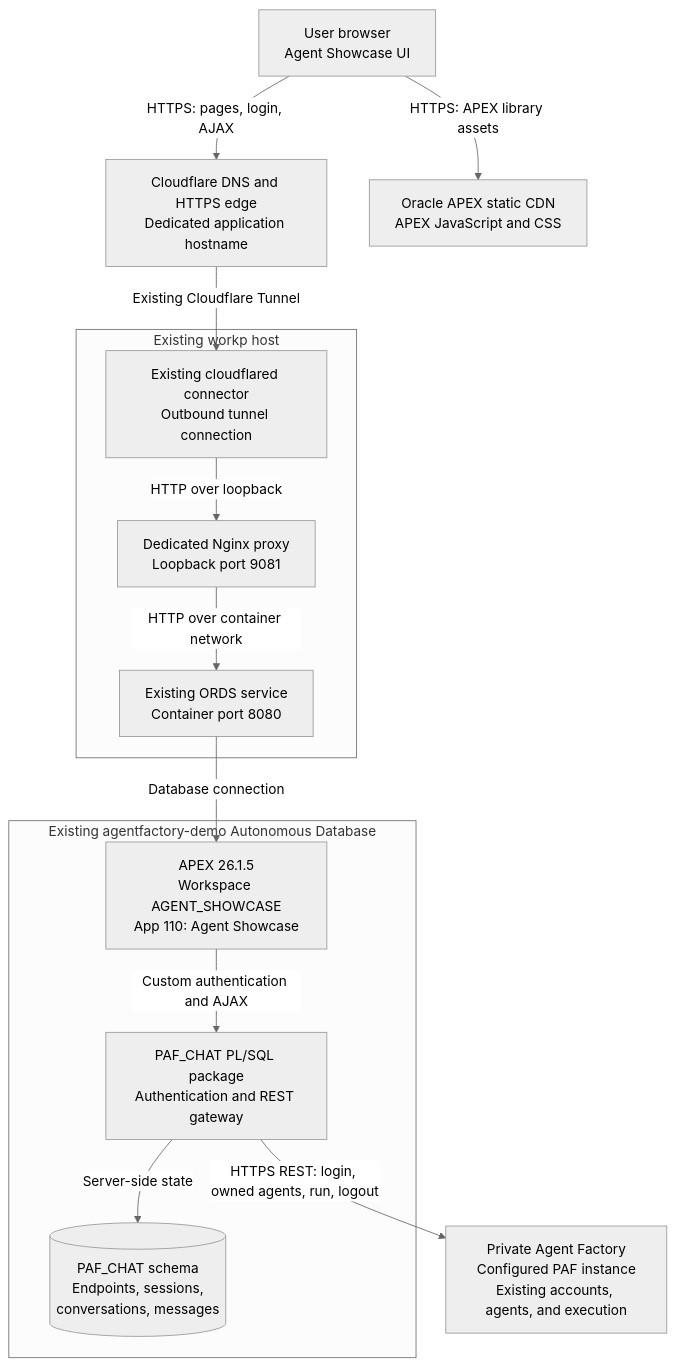
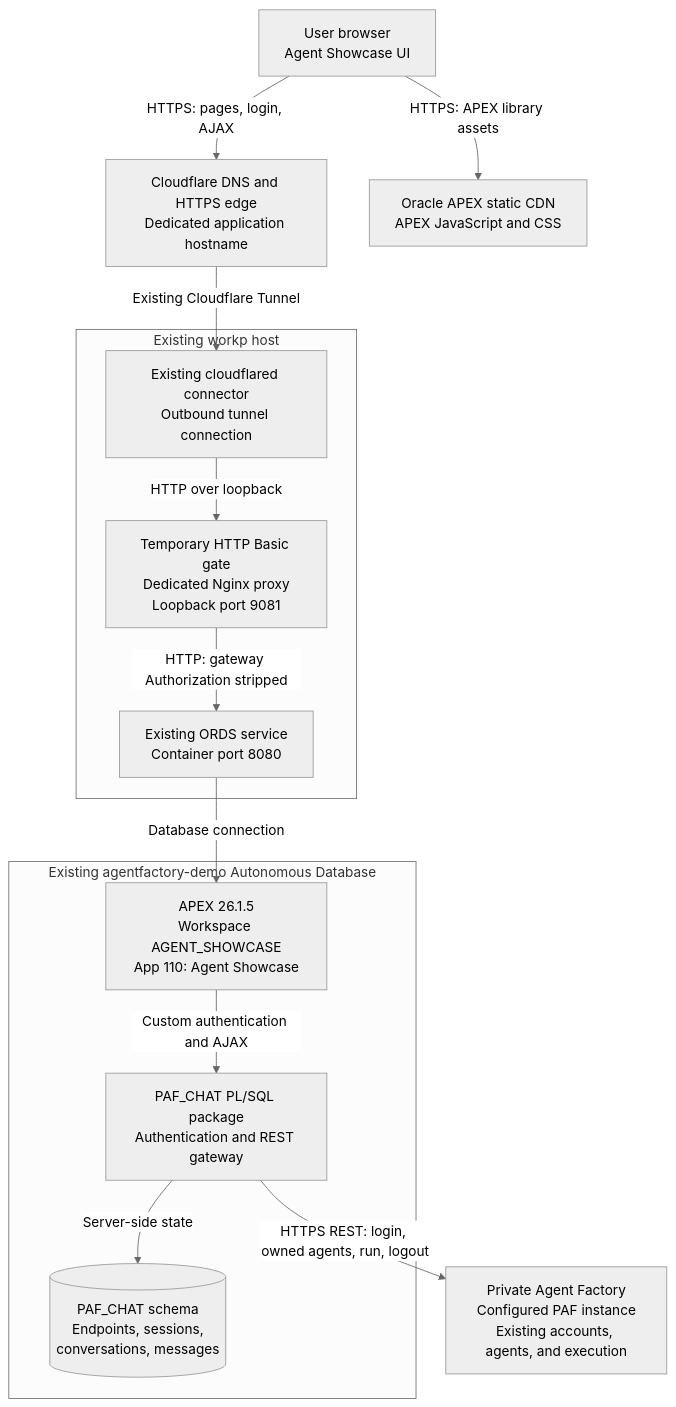
One commit to abyjoy12/agent-factory-samples changed the first of 2 diagrams in integrations/apex-agent-showcase/README.md. Above: the diagram before and after it, drawn with Mermaid (neutral theme). The commit also changed other lines of this file, not shown here.

Commit message:
Document temporary APEX access gate

````diff
--- a/integrations/apex-agent-showcase/README.md
+++ b/integrations/apex-agent-showcase/README.md
@@ -19,30 +20,30 @@
 ```mermaid
 flowchart TB
     browser["User browser<br/>Agent Showcase UI"]
     edge["Cloudflare DNS and HTTPS edge<br/>Dedicated application hostname"]
     cdn["Oracle APEX static CDN<br/>APEX JavaScript and CSS"]
 
     subgraph host["Existing workp host"]
         connector["Existing cloudflared connector<br/>Outbound tunnel connection"]
-        proxy["Dedicated Nginx proxy<br/>Loopback port 9081"]
+        proxy["Temporary HTTP Basic gate<br/>Dedicated Nginx proxy<br/>Loopback port 9081"]
         ords["Existing ORDS service<br/>Container port 8080"]
         connector -->|HTTP over loopback| proxy
-        proxy -->|HTTP over container network| ords
+        proxy -->|"HTTP: gateway Authorization stripped"| ords
     end
 
     subgraph database["Existing agentfactory-demo Autonomous Database"]
         apex["APEX 26.1.5<br/>Workspace AGENT_SHOWCASE<br/>App 110: Agent Showcase"]
         gateway["PAF_CHAT PL/SQL package<br/>Authentication and REST gateway"]
         tables[("PAF_CHAT schema<br/>Endpoints, sessions,<br/>conversations, messages")]
         apex -->|Custom authentication and AJAX| gateway
         gateway -->|Server-side state| tables
     end
 
     paf["Private Agent Factory<br/>Configured PAF instance<br/>Existing accounts, agents, and execution"]
 
     browser -->|HTTPS: pages, login, AJAX| edge
     edge -->|Existing Cloudflare Tunnel| connector
     ords -->|Database connection| apex
     browser -->|HTTPS: APEX library assets| cdn
     gateway -->|"HTTPS REST: login, owned agents, run, logout"| paf
 ```
````
